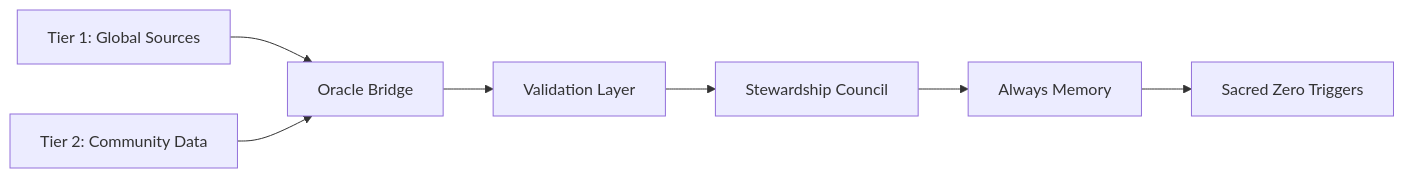
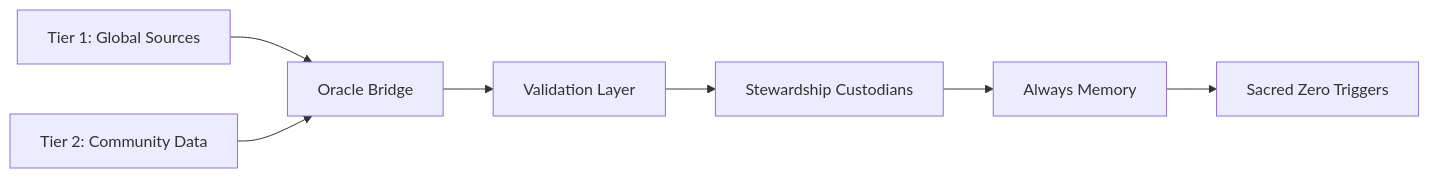
Before and after one commit to FractonicMind/TernaryMoralLogic: the diagram in docs/earth/ORACLE_BRIDGE.md, drawn with Mermaid. The commit also changed other lines of this file and 106 other files, not shown here.

````diff
--- a/docs/earth/ORACLE_BRIDGE.md
+++ b/docs/earth/ORACLE_BRIDGE.md
@@ -11,9 +11,9 @@
 ```mermaid
 graph LR
     A[Tier 1: Global Sources] --> C[Oracle Bridge]
     B[Tier 2: Community Data] --> C
     C --> D[Validation Layer]
-    D --> E[Stewardship Council]
+    D --> E[Stewardship Custodians]
     E --> F[Always Memory]
     F --> G[Sacred Zero Triggers]
 ```
````
